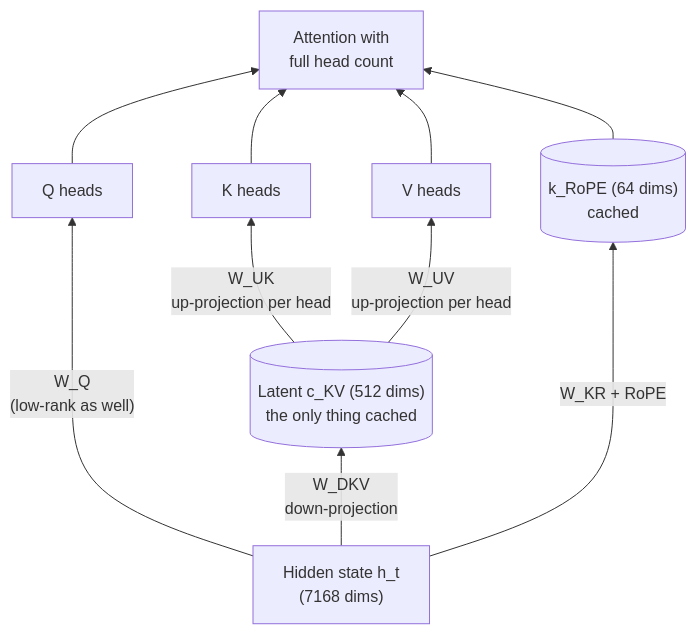
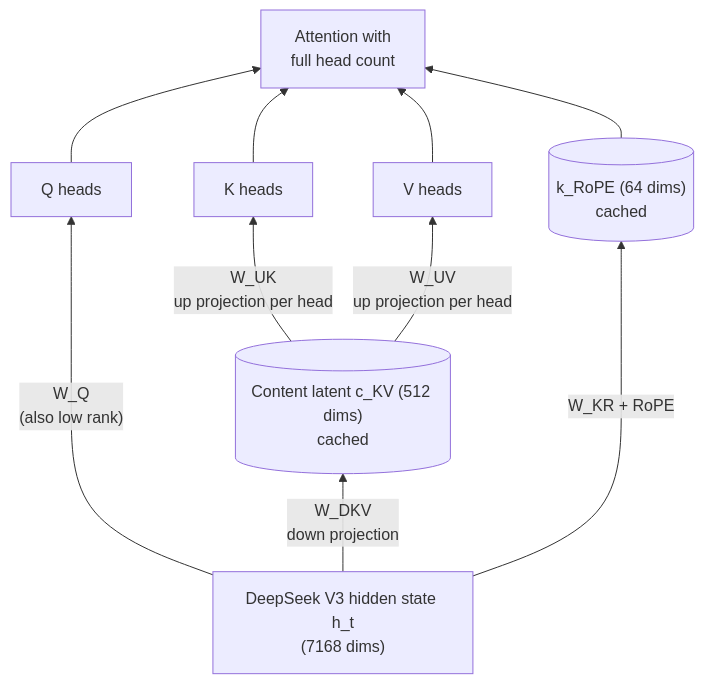
The seventh of 9 diagrams in _posts/2026-08-19-evolution-of-attention.md (hyunwonch/hyunwonch.github.io), drawn with Mermaid before and after one commit. The commit also changed other lines of this file, not shown here.

````diff
--- a/_posts/2026-08-19-evolution-of-attention.md
+++ b/_posts/2026-08-19-evolution-of-attention.md
@@ -222,13 +223,13 @@
 ```mermaid
 %%{init: {'flowchart': {'useMaxWidth': false}}}%%
 graph BT
-    H["Hidden state h_t<br>(7168 dims)"] -->|"W_DKV<br>down-projection"| L[("Latent c_KV (512 dims)<br>the only thing cached")]
+    H["DeepSeek V3 hidden state h_t<br>(7168 dims)"] -->|"W_DKV<br>down projection"| L[("Content latent c_KV (512 dims)<br>cached")]
     H -->|"W_KR + RoPE"| R[("k_RoPE (64 dims)<br>cached")]
-    H -->|"W_Q<br>(low-rank as well)"| Q["Q heads"]
-    L -->|"W_UK<br>up-projection per head"| K["K heads"]
-    L -->|"W_UV<br>up-projection per head"| V["V heads"]
+    H -->|"W_Q<br>(also low rank)"| Q["Q heads"]
+    L -->|"W_UK<br>up projection per head"| K["K heads"]
+    L -->|"W_UV<br>up projection per head"| V["V heads"]
     Q --> ATT["Attention with<br>full head count"]
     K --> ATT
     V --> ATT
     R --> ATT
 ```
````
